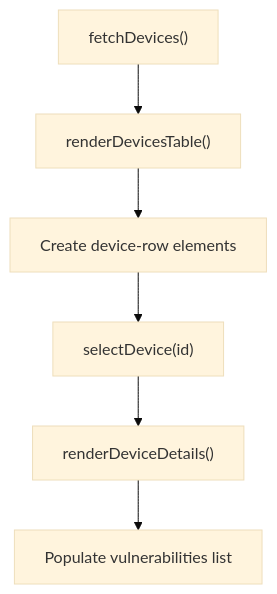
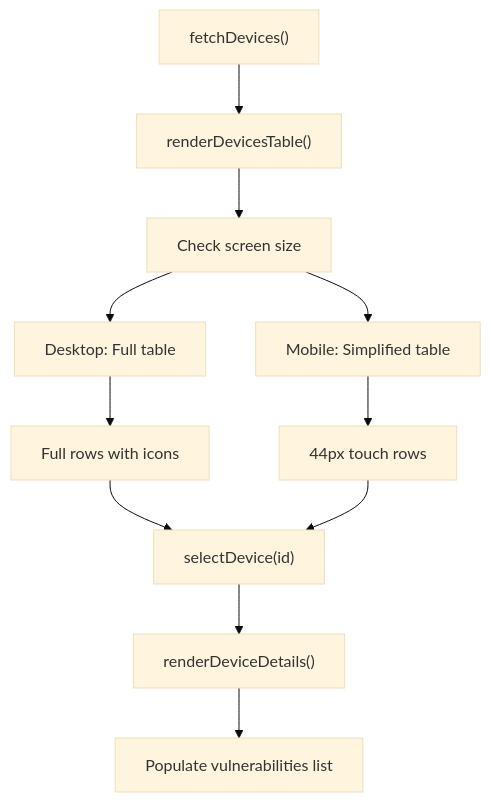
One commit to MohandWaleed3/PentexOne changed diagram 13 of 16 in .qoder/repowiki/en/content/Frontend Dashboard.md. Above: the diagram before and after it, drawn with Mermaid (base theme). The commit also changed other lines of this file and 17 other files, not shown here.

````diff
--- a/.qoder/repowiki/en/content/Frontend Dashboard.md
+++ b/.qoder/repowiki/en/content/Frontend Dashboard.md
@@ -299,8 +480,13 @@
 ```mermaid
 flowchart TD
 Load["fetchDevices()"] --> Render["renderDevicesTable()"]
-Render --> Rows["Create device-row elements"]
-Rows --> Select["selectDevice(id)"]
+Render --> ResponsiveCheck["Check screen size"]
+ResponsiveCheck --> Desktop["Desktop: Full table"]
+ResponsiveCheck --> Mobile["Mobile: Simplified table"]
+Desktop --> FullRows["Full rows with icons"]
+Mobile --> TouchRows["44px touch rows"]
+FullRows --> Select["selectDevice(id)"]
+TouchRows --> Select
 Select --> Details["renderDeviceDetails()"]
 Details --> Vulns["Populate vulnerabilities list"]
 ```
````
